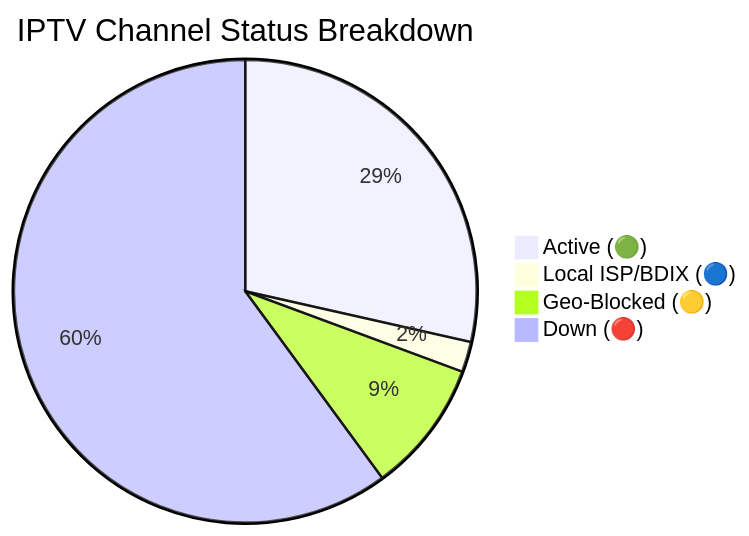
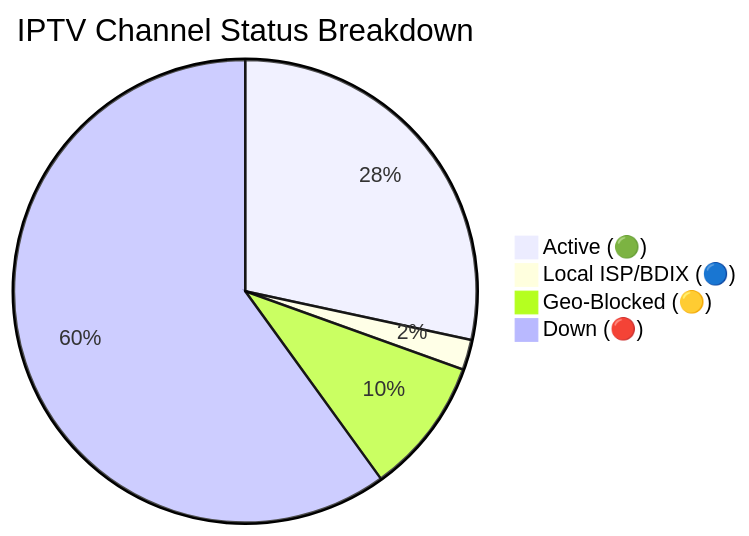
One commit to andreataylord/Ip-tv-Collection changed the diagram in README.md. Above: the diagram before and after it, drawn with Mermaid. The commit also changed other lines of this file and 2 other files, not shown here.

````diff
--- a/README.md
+++ b/README.md
@@ -59,7 +59,7 @@
 ```mermaid
 pie title IPTV Channel Status Breakdown
-    "Active (🟢)" : 1719
+    "Active (🟢)" : 1723
     "Local ISP/BDIX (🔵)" : 128
-    "Geo-Blocked (🟡)" : 559
-    "Down (🔴)" : 3620
+    "Geo-Blocked (🟡)" : 579
+    "Down (🔴)" : 3640
 ```
````
